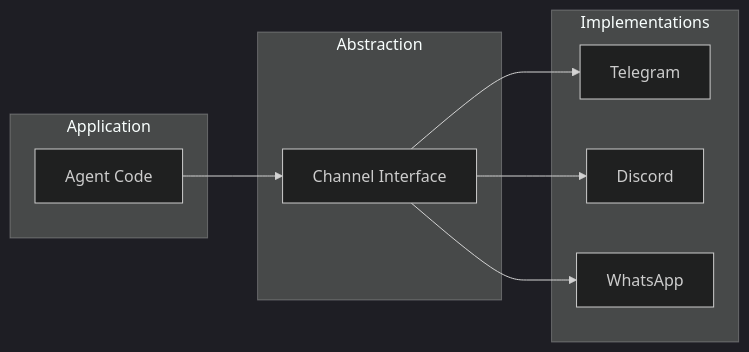
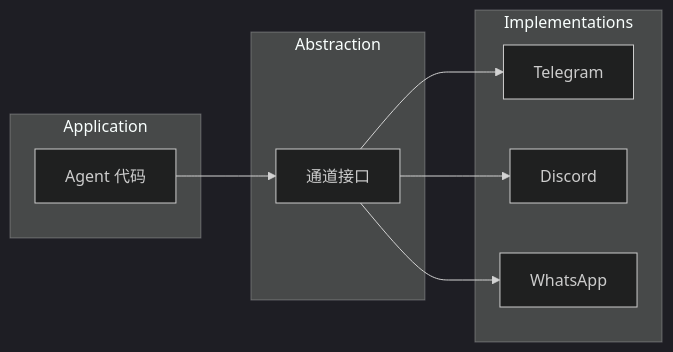
The second of 4 diagrams in docs/zh/architecture-book/part-5-channels/01-channel-architecture.md (a576378368/openclaw_docs), drawn with Mermaid (dark theme) before and after one commit. The commit also changed other lines of this file and 13 other files, not shown here.

````diff
--- a/docs/zh/architecture-book/part-5-channels/01-channel-architecture.md
+++ b/docs/zh/architecture-book/part-5-channels/01-channel-architecture.md
@@ -57,21 +57,21 @@
 ```mermaid
 flowchart LR
     subgraph Application
-        A[Agent Code]
+        A[Agent 代码]
     end
 
     subgraph Abstraction
-        B[Channel Interface]
+        B[通道接口]
     end
 
     subgraph Implementations
         C[Telegram]
         D[Discord]
         E[WhatsApp]
     end
 
     A --> B
     B --> C
     B --> D
     B --> E
 ```
````
